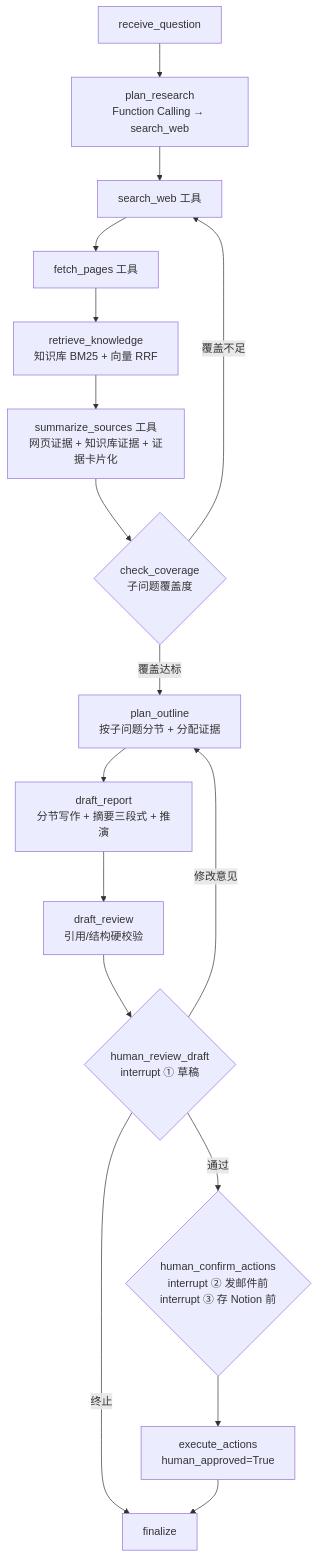
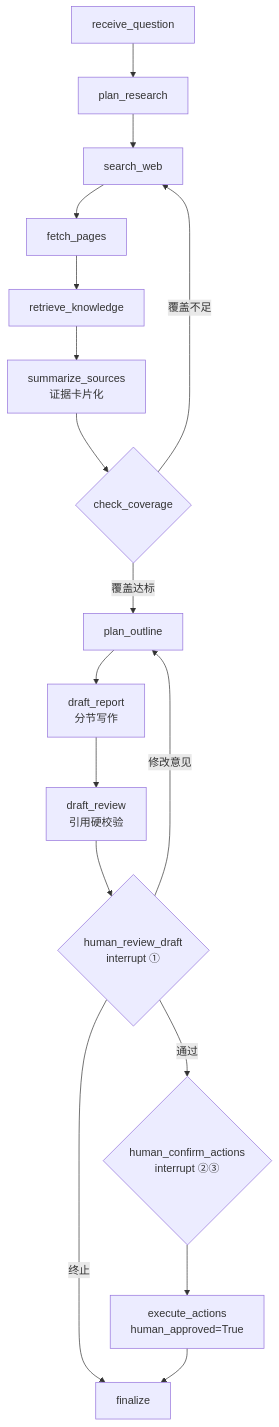
One commit to zc-hongjian/AI-yanju changed the diagram in README.md. Above: the diagram before and after it, drawn with Mermaid. The commit also changed other lines of this file and 4 other files, not shown here.

````diff
--- a/README.md
+++ b/README.md
@@ -16,19 +155,19 @@
 ```mermaid
 flowchart TD
-    A[receive_question] --> B[plan_research<br/>Function Calling → search_web]
-    B --> C[search_web 工具]
-    C --> D[fetch_pages 工具]
-    D --> K[retrieve_knowledge<br/>知识库 BM25 + 向量 RRF]
-    K --> E[summarize_sources 工具<br/>网页证据 + 知识库证据 + 证据卡片化]
-    E --> Q{check_coverage<br/>子问题覆盖度}
+    A[receive_question] --> B[plan_research]
+    B --> C[search_web]
+    C --> D[fetch_pages]
+    D --> K[retrieve_knowledge]
+    K --> E[summarize_sources<br/>证据卡片化]
+    E --> Q{check_coverage}
     Q -- 覆盖不足 --> C
-    Q -- 覆盖达标 --> O[plan_outline<br/>按子问题分节 + 分配证据]
-    O --> F[draft_report<br/>分节写作 + 摘要三段式 + 推演]
-    F --> R[draft_review<br/>引用/结构硬校验]
-    R --> G{human_review_draft<br/>interrupt ① 草稿}
-    G -- 通过 --> H{human_confirm_actions<br/>interrupt ② 发邮件前<br/>interrupt ③ 存 Notion 前}
+    Q -- 覆盖达标 --> O[plan_outline]
+    O --> F[draft_report<br/>分节写作]
+    F --> R[draft_review<br/>引用硬校验]
+    R --> G{human_review_draft<br/>interrupt ①}
+    G -- 通过 --> H{human_confirm_actions<br/>interrupt ②③}
     G -- 修改意见 --> O
     G -- 终止 --> J[finalize]
     H --> I[execute_actions<br/>human_approved=True]
     I --> J
 ```
````
